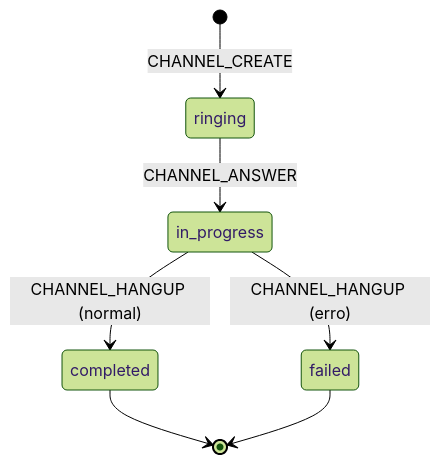
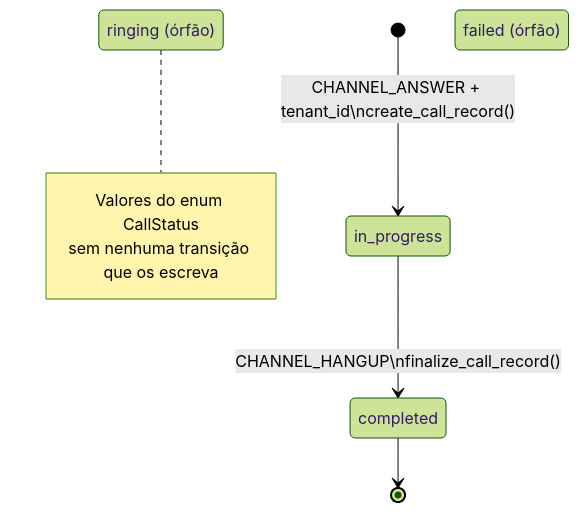
The diagram in _reversa_sdd/state-machines.md (daniel-scalioni/zenith-voip), drawn with Mermaid (forest theme) before and after one commit. The commit also changed other lines of this file and 92 other files, not shown here.

Commit message:
docs: update architecture and design documentation including new ADRs for local audio storage and in-memory checkpointing, plus initial specs for SMB audio backup and sidecar tasks.

````diff
--- a/_reversa_sdd/state-machines.md
+++ b/_reversa_sdd/state-machines.md
@@ -38,9 +48,13 @@
 ```mermaid
 stateDiagram-v2
-    [*] --> ringing : CHANNEL_CREATE
-    ringing --> in_progress : CHANNEL_ANSWER
-    in_progress --> completed : CHANNEL_HANGUP (normal)
-    in_progress --> failed : CHANNEL_HANGUP (erro)
+    [*] --> in_progress : CHANNEL_ANSWER + tenant_id\ncreate_call_record()
+    in_progress --> completed : CHANNEL_HANGUP\nfinalize_call_record()
     completed --> [*]
-    failed --> [*]
+
+    state "ringing (órfão)" as ringing
+    state "failed (órfão)" as failed
+    note right of ringing
+      Valores do enum CallStatus
+      sem nenhuma transição que os escreva
+    end note
 ```
````
